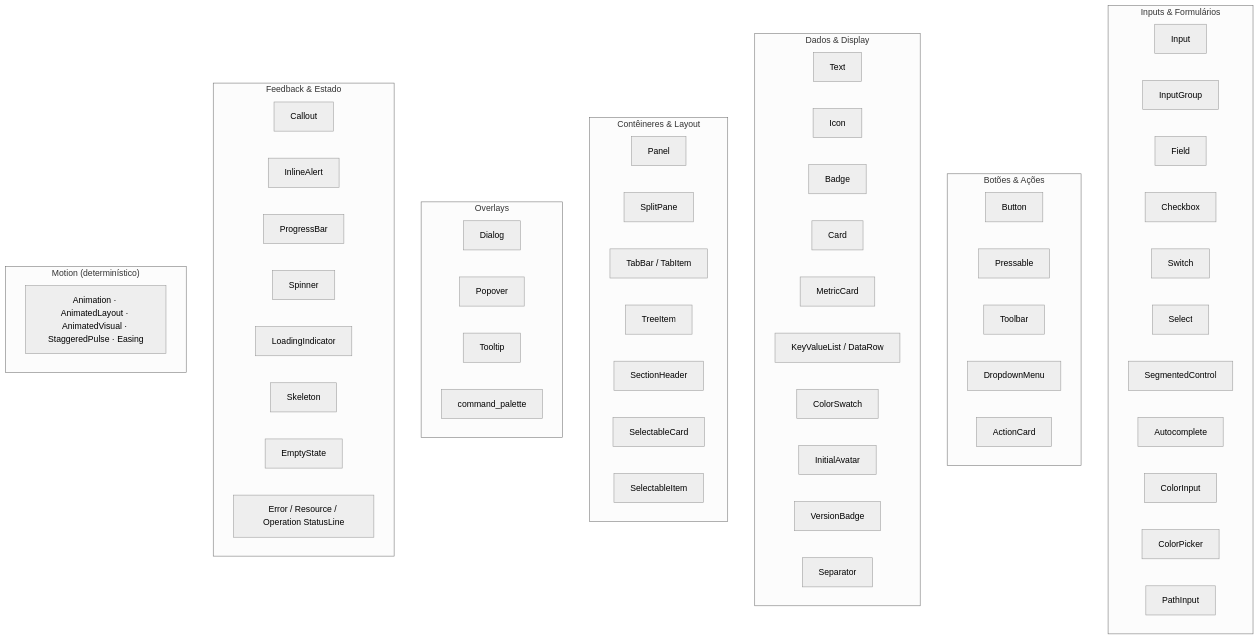
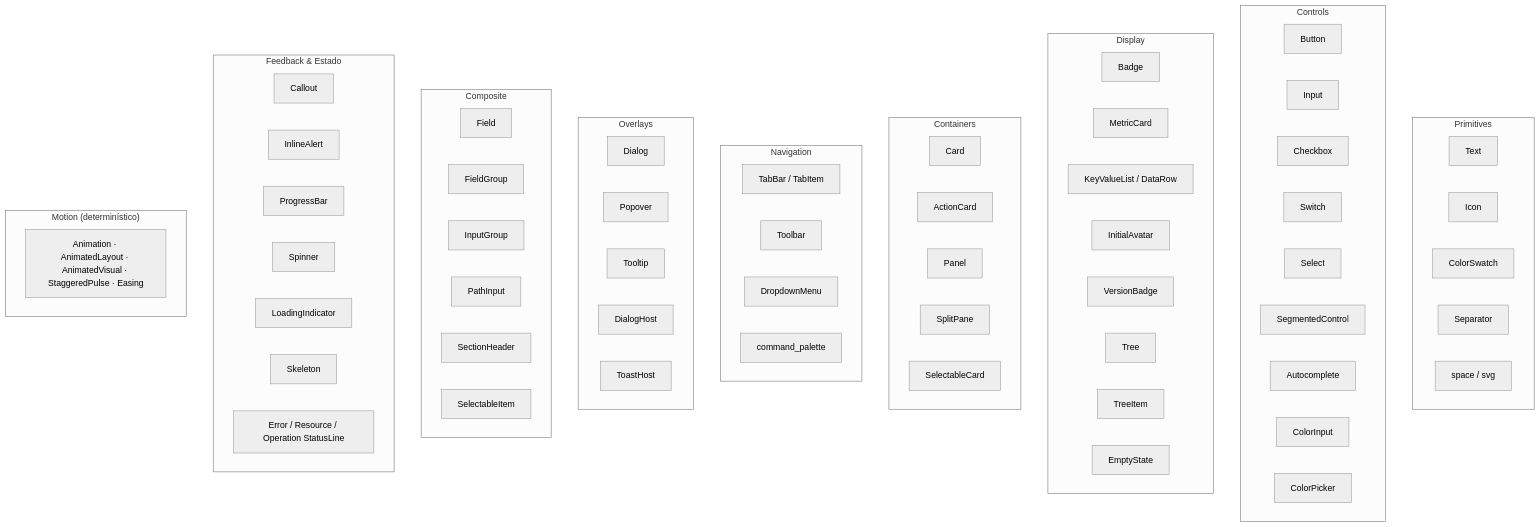
One commit to JirlanSouza/nive changed the third of 3 diagrams in docs/architecture/design-system.md. Above: the diagram before and after it, drawn with Mermaid (neutral theme). The commit also changed other lines of this file and 9 other files, not shown here.

First line of the commit message:
docs: update architecture, API surface, and component docs for nive-core

````diff
--- a/docs/architecture/design-system.md
+++ b/docs/architecture/design-system.md
@@ -122,63 +126,72 @@
 ```mermaid
 flowchart TB
-    subgraph inputs["Inputs & Formulários"]
+    subgraph primitives["Primitives"]
+        Text
+        Icon
+        ColorSwatch
+        Separator
+        SpaceSvg["space / svg"]
+    end
+    subgraph controls["Controls"]
+        Button
         Input
-        InputGroup
-        Field
         Checkbox
         Switch
         Select
         SegmentedControl
         Autocomplete
         ColorInput
         ColorPicker
-        PathInput
     end
-    subgraph actions["Botões & Ações"]
-        Button
-        Pressable
+    subgraph display["Display"]
+        Badge
+        MetricCard
+        KeyValueList["KeyValueList / DataRow"]
+        InitialAvatar
+        VersionBadge
+        Tree
+        TreeItem
+        EmptyState
+    end
+    subgraph containers["Containers"]
+        Card
+        ActionCard
+        Panel
+        SplitPane
+        SelectableCard
+    end
+    subgraph navigation["Navigation"]
+        Tabs["TabBar / TabItem"]
         Toolbar
         DropdownMenu
-        ActionCard
-    end
-    subgraph data["Dados & Display"]
-        Text
-        Icon
-        Badge
-        Card
-        MetricCard
-        KeyValueList["KeyValueList / DataRow"]
-        ColorSwatch
-        InitialAvatar
-        VersionBadge
-        Separator
-    end
-    subgraph layout["Contêineres & Layout"]
-        Panel
-        SplitPane
-        Tabs["TabBar / TabItem"]
-        TreeItem
-        SectionHeader
-        SelectableCard
-        SelectableItem
+        CommandPalette["command_palette"]
     end
     subgraph overlays["Overlays"]
         Dialog
         Popover
         Tooltip
-        CommandPalette["command_palette"]
+        DialogHost
+        ToastHost
+    end
+    subgraph composite["Composite"]
+        Field
+        FieldGroup
+        InputGroup
+        PathInput
+        SectionHeader
+        SelectableItem
     end
     subgraph feedback["Feedback & Estado"]
         Callout
         InlineAlert
         ProgressBar
         Spinner
         LoadingIndicator
         Skeleton
         EmptyState
         StatusLines["Error / Resource / Operation StatusLine"]
     end
     subgraph motion["Motion (determinístico)"]
         Animation["Animation · AnimatedLayout · AnimatedVisual · StaggeredPulse · Easing"]
     end
 ```
````
